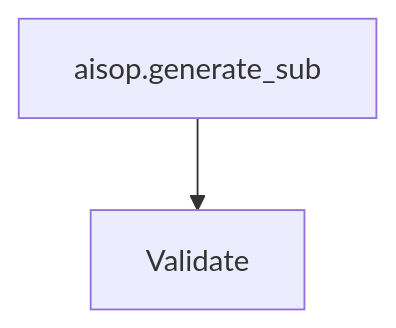
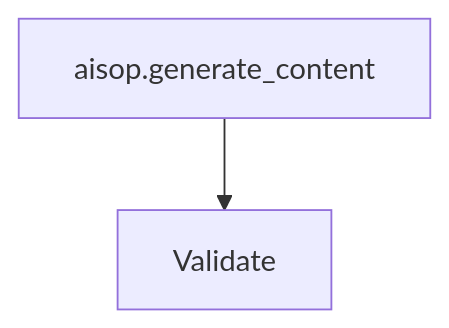
Before and after one commit to AIXP-Labs/AISOP: the fourth of 6 diagrams in specification/aisop-spec.md, drawn with Mermaid. The commit also changed other lines of this file and 38 other files, not shown here.

````diff
--- a/specification/aisop-spec.md
+++ b/specification/aisop-spec.md
@@ -336,4 +396,4 @@
 ```mermaid
 graph TD
-    gen[aisop.generate_sub] --> validate[Validate]
+    gen[aisop.generate_content] --> validate[Validate]
 ```
````
